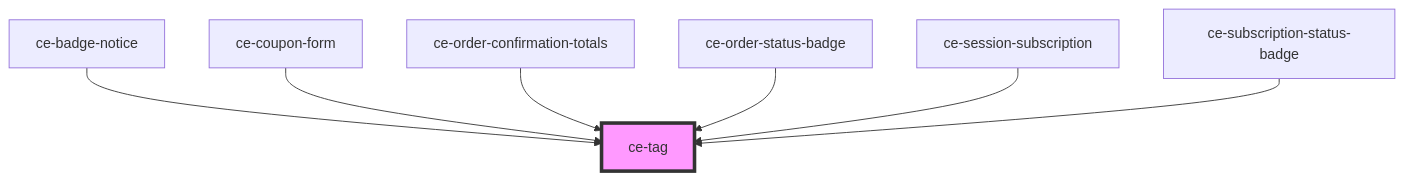
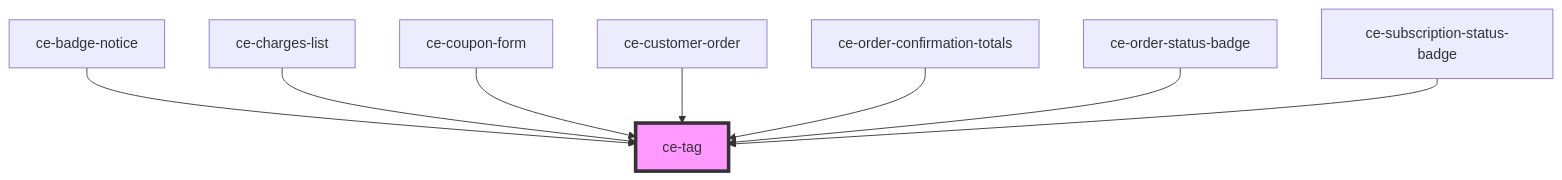
Before and after one commit to surecart/surecart-wp-plugin: the diagram in packages/components/src/components/ui/tag/readme.md, drawn with Mermaid. The commit also changed other lines of this file and 101 other files, not shown here.

````diff
--- a/packages/components/src/components/ui/tag/readme.md
+++ b/packages/components/src/components/ui/tag/readme.md
@@ -45,10 +46,11 @@
 ```mermaid
 graph TD;
   ce-badge-notice --> ce-tag
+  ce-charges-list --> ce-tag
   ce-coupon-form --> ce-tag
+  ce-customer-order --> ce-tag
   ce-order-confirmation-totals --> ce-tag
   ce-order-status-badge --> ce-tag
-  ce-session-subscription --> ce-tag
   ce-subscription-status-badge --> ce-tag
   style ce-tag fill:#f9f,stroke:#333,stroke-width:4px
 ```
````
